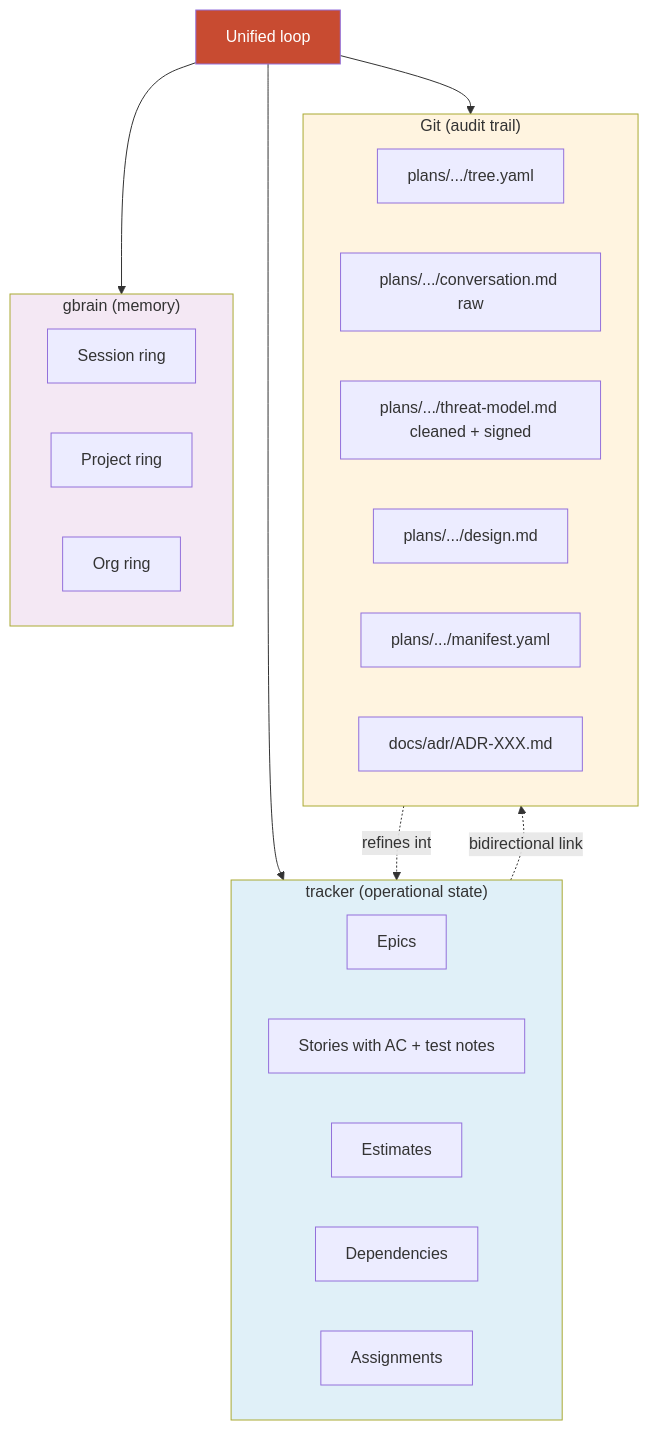
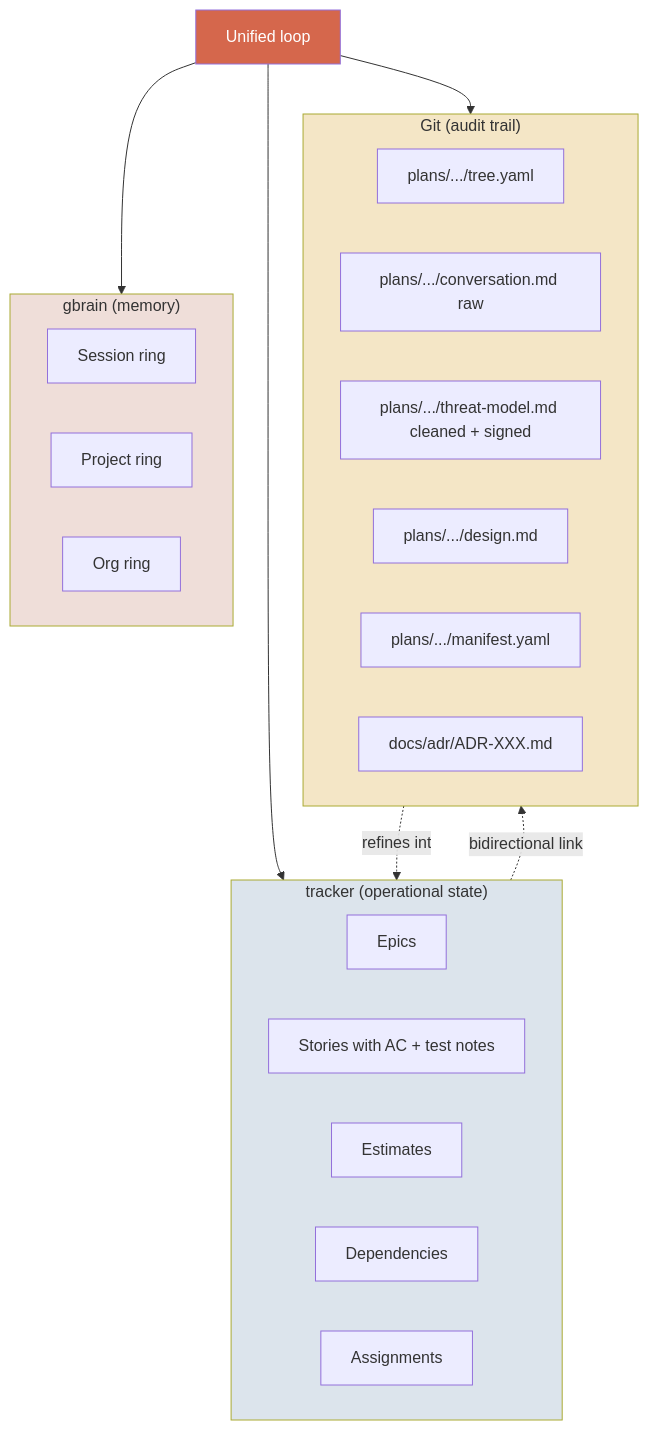
One commit to nlawstudio/ai-refinement-method changed diagram 17 of 17 in METHOD.md. Above: the diagram before and after it, drawn with Mermaid. The commit also changed other lines of this file and 1 other file, not shown here.

````diff
--- a/METHOD.md
+++ b/METHOD.md
@@ -1368,37 +1389,37 @@
 ```mermaid
 flowchart TB
     subgraph tracker["tracker (operational state)"]
         L1[Epics]
         L2[Stories with AC + test notes]
         L3[Estimates]
         L4[Dependencies]
         L5[Assignments]
     end
 
     subgraph Git["Git (audit trail)"]
         G1[plans/.../tree.yaml]
         G2[plans/.../conversation.md raw]
         G3[plans/.../threat-model.md cleaned + signed]
         G4[plans/.../design.md]
         G5[plans/.../manifest.yaml]
         G6[docs/adr/ADR-XXX.md]
     end
 
     subgraph gbrain["gbrain (memory)"]
         GB1[Session ring]
         GB2[Project ring]
         GB3[Org ring]
     end
 
     Loop[Unified loop] --> tracker
     Loop --> Git
     Loop --> gbrain
 
     tracker -.bidirectional link.-> Git
     Git -.refines into.-> tracker
 
-    style Loop fill:#C84B31,color:#fff
-    style tracker fill:#e0f0f8
-    style Git fill:#fff4e0
-    style gbrain fill:#f4e8f4
+    style Loop fill:#D5674C,color:#fff
+    style tracker fill:#DCE4EC
+    style Git fill:#F4E6C6
+    style gbrain fill:#EFDED9
 ```
````
